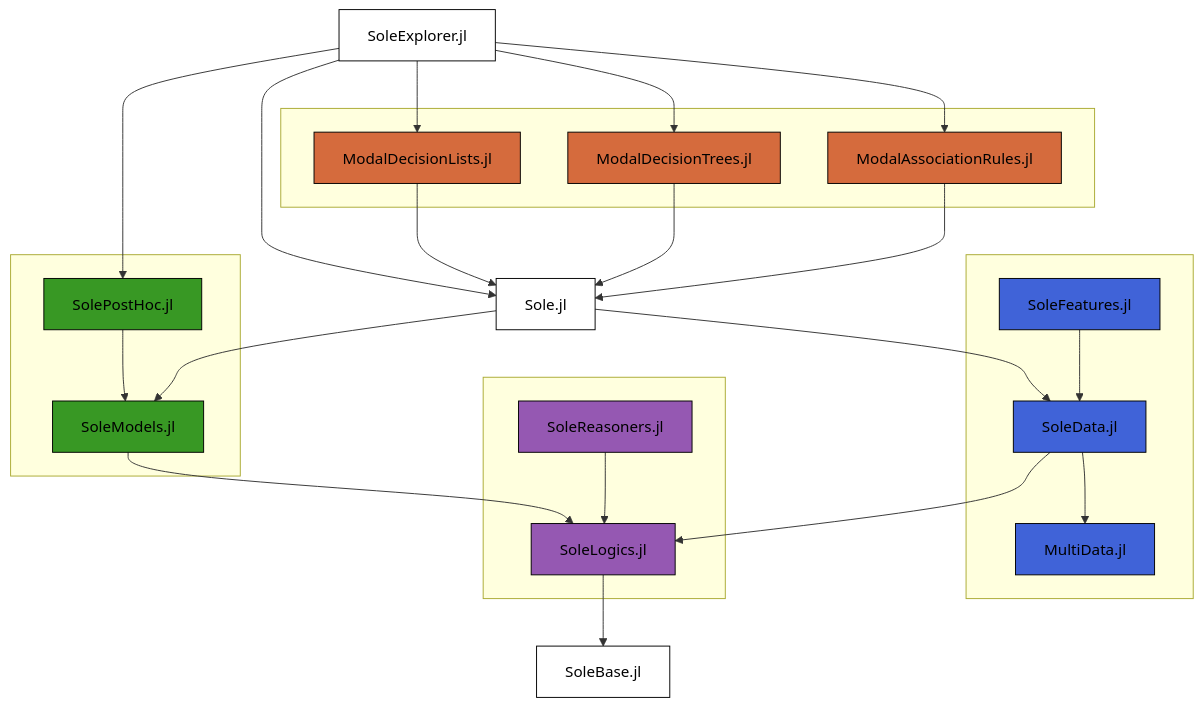
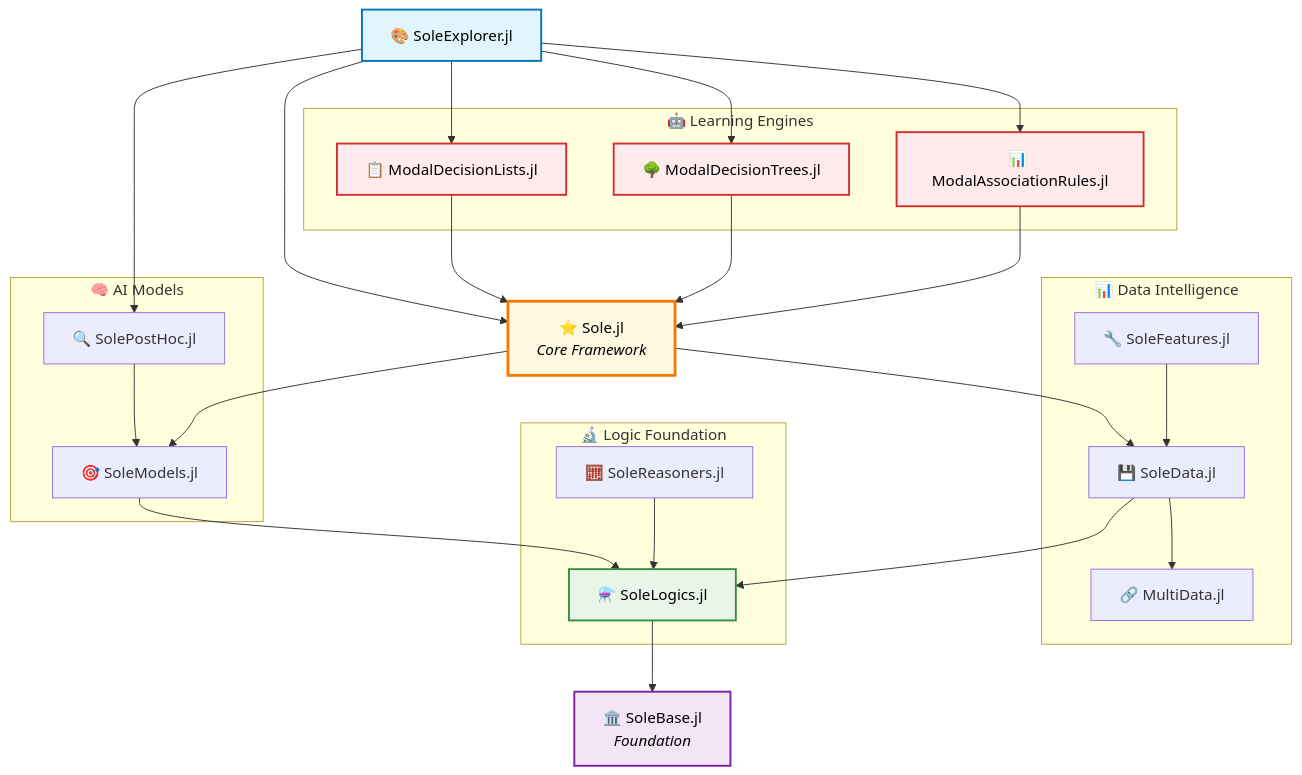
One commit to aclai-lab/.github changed the diagram in README.md. Above: the diagram before and after it, drawn with Mermaid. The commit also changed other lines of this file, not shown here.

````diff
--- a/README.md
+++ b/README.md
@@ -19,61 +97,57 @@
 ```mermaid
 graph TD
-    SX[<font color="black">SoleExplorer.jl</font>]
+    SX[<font color="black">🎨 SoleExplorer.jl</font>]
 
-    subgraph Group1[ ]
-        MAR[<font color="black">ModalAssociationRules.jl</font>]
-        MDT[<font color="black">ModalDecisionTrees.jl</font>]
-        MDL[<font color="black">ModalDecisionLists.jl</font>]
+    subgraph "🤖 Learning Engines"
+        MAR[<font color="black">📊 ModalAssociationRules.jl</font>]
+        MDT[<font color="black">🌳 ModalDecisionTrees.jl</font>]
+        MDL[<font color="black">📋 ModalDecisionLists.jl</font>]
     end
-    S[<font color="black">Sole.jl</font>]
+    
+    S[<font color="black">⭐ Sole.jl<br/><i>Core Framework</i></font>]
 
-    subgraph Group2[ ]
-        SF[<font color="black">SoleFeatures.jl</font>]
-        SD[<font color="black">SoleData.jl</font>]
-        MD[<font color="black">MultiData.jl</font>]
+    subgraph "📊 Data Intelligence"
+        SF[🔧 SoleFeatures.jl]
+        SD[💾 SoleData.jl]
+        MD[🔗 MultiData.jl]
     end
 
-    subgraph Group3[ ]
-        PHC[<font color="black">SolePostHoc.jl</font>]
-        SM[<font color="black">SoleModels.jl</font>]
+    subgraph "🧠 AI Models"
+        PHC[🔍 SolePostHoc.jl]
+        SM[🎯 SoleModels.jl]
     end
 
-    subgraph Group4[ ]
-        SL[<font color="black">SoleLogics.jl</font>]
-        SR[<font color="black">SoleReasoners.jl</font>]
+    subgraph "🔬 Logic Foundation"
+        SL[<font color="black">⚗️ SoleLogics.jl</font>]
+        SR[🧮 SoleReasoners.jl]
     end
-    SB[<font color="black">SoleBase.jl</font>]
+    
+    SB[<font color="black">🏛️ SoleBase.jl<br/><i>Foundation</i></font>]
 
     SX --> MDL
     SX --> MDT
     SX --> MAR
     SX --> S
     SX --> PHC
 
     SL --> SB
     SD --> SL
     SD --> MD
     SM --> SL
     S --> SD
     PHC --> SM
     S --> SM
     SF --> SD
     MDL --> S
     MDT --> S
     MAR --> S
     SR --> SL
 
-    style SX fill:#FFFFFF,stroke:#000000
-    style SB fill:#FFFFFF,stroke:#000000
-    style SL fill:#9558B2,stroke:#000000
-    style SD fill:#4063D8,stroke:#000000
-    style SM fill:#389824,stroke:#000000
-    style SF fill:#4063D8,stroke:#000000
-    style S fill:#FFFFFF,stroke:#000000
-    style MDL fill:#D56B3D,stroke:#000000
-    style MDT fill:#D56B3D,stroke:#000000
-    style MAR fill:#D56B3D,stroke:#000000
-    style PHC fill:#389824,stroke:#000000
-    style SR fill:#9558B2,stroke:#000000
-    style MD fill:#4063D8,stroke:#000000
+    style SX fill:#e1f5fe,stroke:#0277bd,stroke-width:2px
+    style SB fill:#f3e5f5,stroke:#7b1fa2,stroke-width:2px
+    style SL fill:#e8f5e8,stroke:#388e3c,stroke-width:2px
+    style S fill:#fff8e1,stroke:#f57c00,stroke-width:3px
+    style MDL fill:#ffebee,stroke:#d32f2f,stroke-width:2px
+    style MDT fill:#ffebee,stroke:#d32f2f,stroke-width:2px
+    style MAR fill:#ffebee,stroke:#d32f2f,stroke-width:2px
 ```
````
